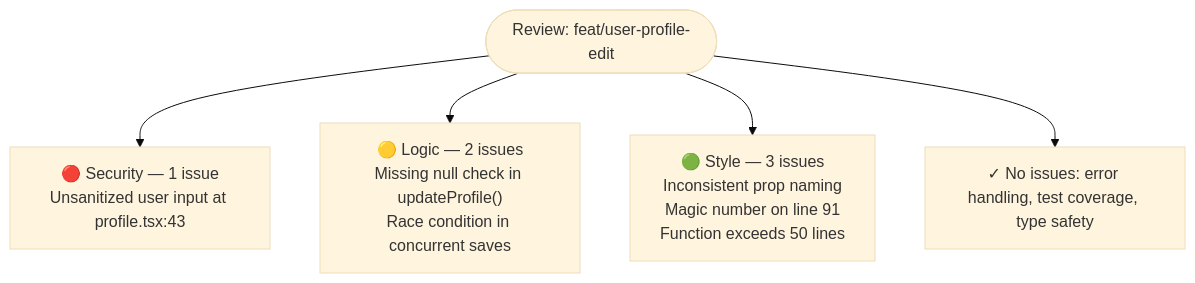
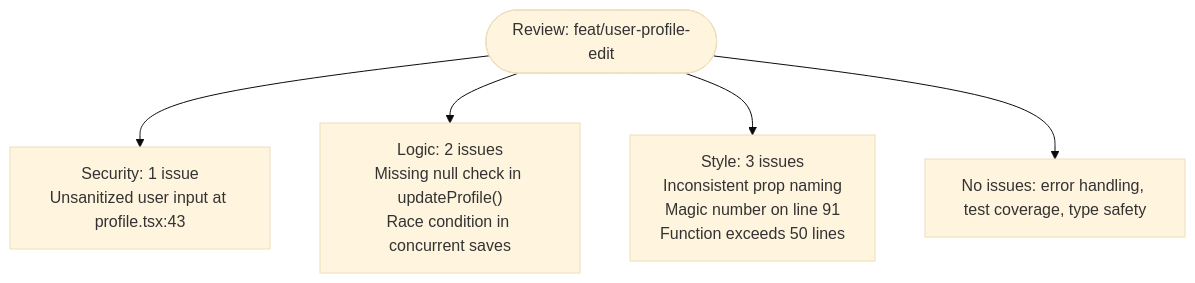
Before and after one commit to lurx/lurx-react: the first of 6 diagrams in apps/rotem-is-a-dev/src/app/content/posts/agentic-ai-development-from-zero-to-hero/part-4-integrating-agents-workflow.md, drawn with Mermaid (base theme). The commit also changed other lines of this file and 5 other files, not shown here.

````diff
--- a/apps/rotem-is-a-dev/src/app/content/posts/agentic-ai-development-from-zero-to-hero/part-4-integrating-agents-workflow.md
+++ b/apps/rotem-is-a-dev/src/app/content/posts/agentic-ai-development-from-zero-to-hero/part-4-integrating-agents-workflow.md
@@ -55,8 +55,8 @@
 ```mermaid
 flowchart TB
     review(["Review: feat/user-profile-edit"])
-    review --> sec["🔴 Security — 1 issue\nUnsanitized user input at profile.tsx:43"]
-    review --> logic["🟡 Logic — 2 issues\nMissing null check in updateProfile()\nRace condition in concurrent saves"]
-    review --> styling["🟢 Style — 3 issues\nInconsistent prop naming\nMagic number on line 91\nFunction exceeds 50 lines"]
-    review --> ok["✓ No issues: error handling, test coverage, type safety"]
+    review --> sec["Security: 1 issue\nUnsanitized user input at profile.tsx:43"]
+    review --> logic["Logic: 2 issues\nMissing null check in updateProfile()\nRace condition in concurrent saves"]
+    review --> styling["Style: 3 issues\nInconsistent prop naming\nMagic number on line 91\nFunction exceeds 50 lines"]
+    review --> ok["No issues: error handling, test coverage, type safety"]
 ```
````
